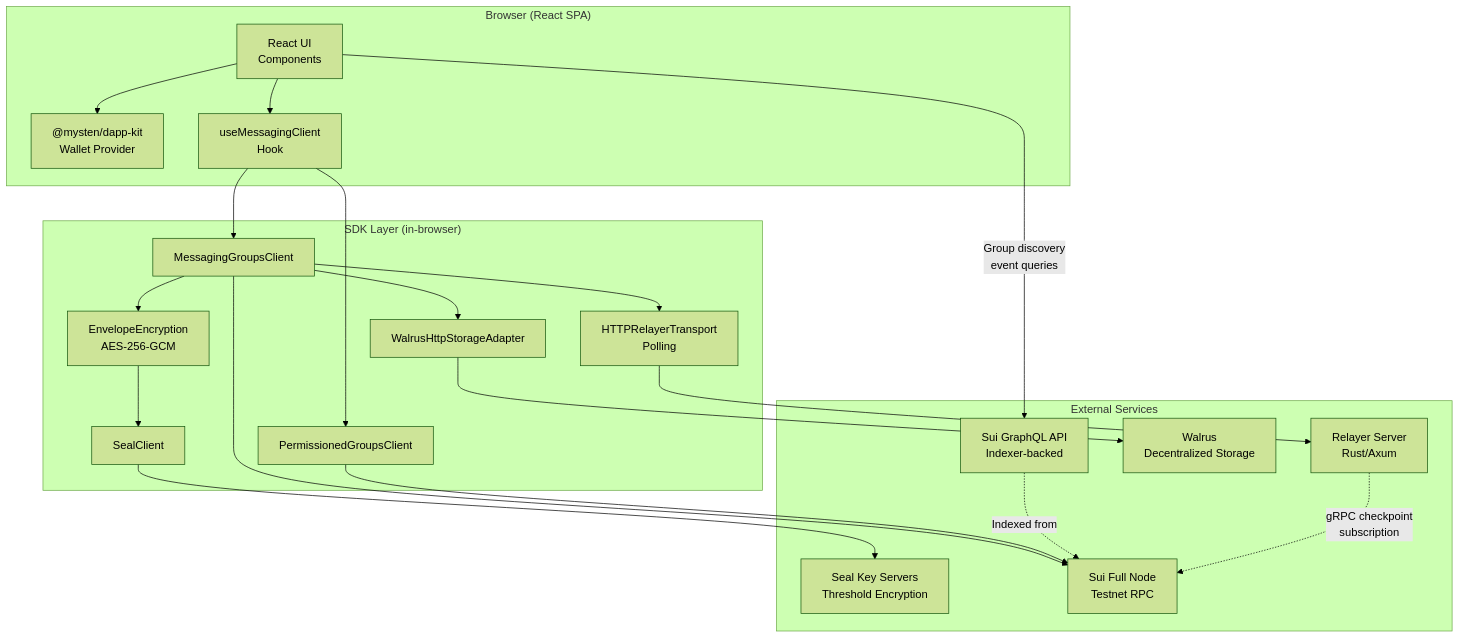
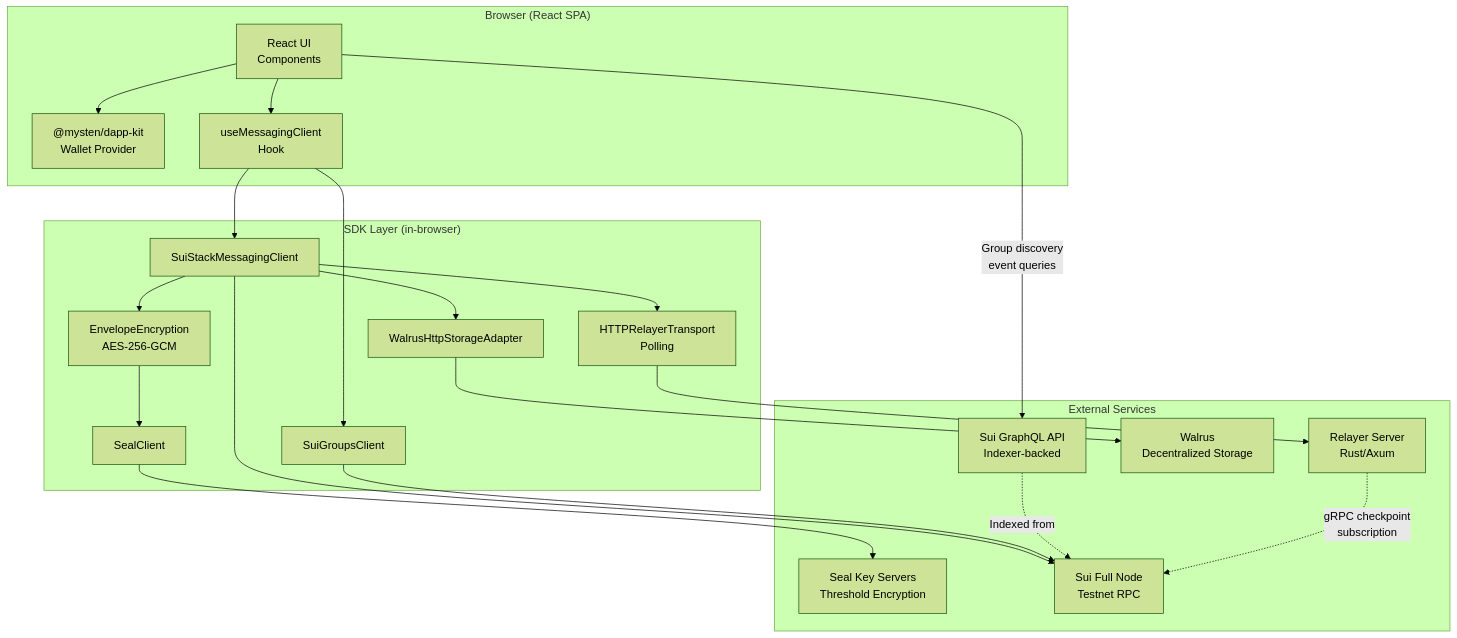
One commit to MystenLabs/sui-stack-messaging changed the first of 18 diagrams in chat-app/docs/SYSTEM_DESIGN.md. Above: the diagram before and after it, drawn with Mermaid (forest theme). The commit also changed other lines of this file and 5 other files, not shown here.

````diff
--- a/chat-app/docs/SYSTEM_DESIGN.md
+++ b/chat-app/docs/SYSTEM_DESIGN.md
@@ -32,42 +32,42 @@
 ```mermaid
 graph TB
     subgraph Browser["Browser (React SPA)"]
         UI[React UI<br/>Components]
         DK["@mysten/dapp-kit<br/>Wallet Provider"]
         HOOK[useMessagingClient<br/>Hook]
     end
 
     subgraph SDK["SDK Layer (in-browser)"]
-        MGC[MessagingGroupsClient]
-        PGC[PermissionedGroupsClient]
+        MGC[SuiStackMessagingClient]
+        PGC[SuiGroupsClient]
         SC[SealClient]
         EE[EnvelopeEncryption<br/>AES-256-GCM]
         HRT[HTTPRelayerTransport<br/>Polling]
         WSA[WalrusHttpStorageAdapter]
     end
 
     subgraph External["External Services"]
         REL[Relayer Server<br/>Rust/Axum]
         SKS[Seal Key Servers<br/>Threshold Encryption]
         WAL[Walrus<br/>Decentralized Storage]
         SUI[Sui Full Node<br/>Testnet RPC]
         GQL_API[Sui GraphQL API<br/>Indexer-backed]
     end
 
     UI --> HOOK
     UI --> DK
     HOOK --> MGC
     HOOK --> PGC
     MGC --> EE
     MGC --> HRT
     MGC --> WSA
     EE --> SC
     SC --> SKS
     HRT --> REL
     WSA --> WAL
     MGC --> SUI
     PGC --> SUI
     UI -->|Group discovery<br/>event queries| GQL_API
     GQL_API -.->|Indexed from| SUI
     REL -.->|gRPC checkpoint<br/>subscription| SUI
 ```
````
